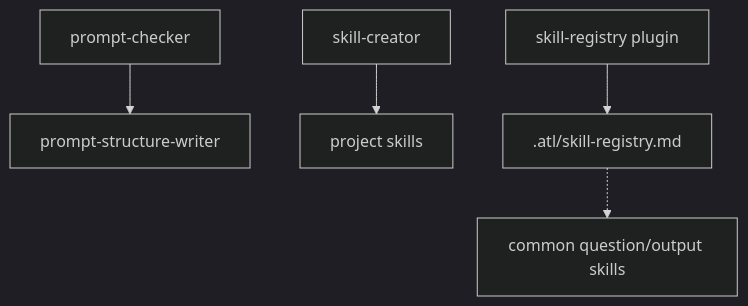
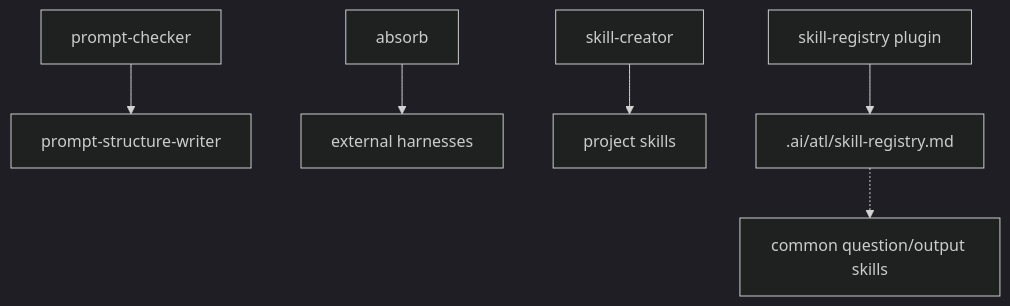
Before and after one commit to andresnator/agents-orchestrator: the diagram in domains/meta/README.md, drawn with Mermaid (dark theme). The commit also changed other lines of this file and 89 other files, not shown here.

````diff
--- a/domains/meta/README.md
+++ b/domains/meta/README.md
@@ -11,7 +11,8 @@
 ```mermaid
 graph TD
   prompt[prompt-checker] --> writer[prompt-structure-writer]
+  absorb[absorb] --> external[external harnesses]
   creator[skill-creator] --> skills[project skills]
-  plugin[skill-registry plugin] --> registry[.atl/skill-registry.md]
+  plugin[skill-registry plugin] --> registry[.ai/atl/skill-registry.md]
   registry -.-> common[common question/output skills]
 ```
````
